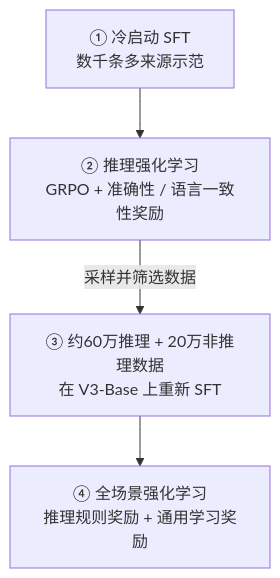
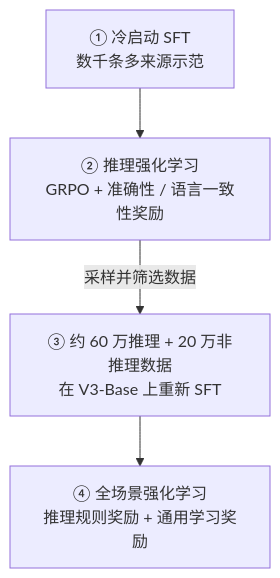
Before and after one commit to AI-learning-simple/Build-Your-Own-LLM: the third of 3 diagrams in 2. Alignment 与训练工程/6. 推理对齐（Reasoning Alignment）——推理能力的训练与对齐.md, drawn with Mermaid. The commit also changed other lines of this file and 65 other files, not shown here.

````diff
--- a/2. Alignment 与训练工程/6. 推理对齐（Reasoning Alignment）——推理能力的训练与对齐.md
+++ b/2. Alignment 与训练工程/6. 推理对齐（Reasoning Alignment）——推理能力的训练与对齐.md
@@ -84,6 +120,6 @@
 ```mermaid
 flowchart TD
     A["① 冷启动 SFT<br/>数千条多来源示范"] --> B["② 推理强化学习<br/>GRPO + 准确性 / 语言一致性奖励"]
-    B -->|"采样并筛选数据"| C["③ 约60万推理 + 20万非推理数据<br/>在 V3-Base 上重新 SFT"]
+    B -->|"采样并筛选数据"| C["③ 约 60 万推理 + 20 万非推理数据<br/>在 V3-Base 上重新 SFT"]
     C --> D["④ 全场景强化学习<br/>推理规则奖励 + 通用学习奖励"]
 ```
````
